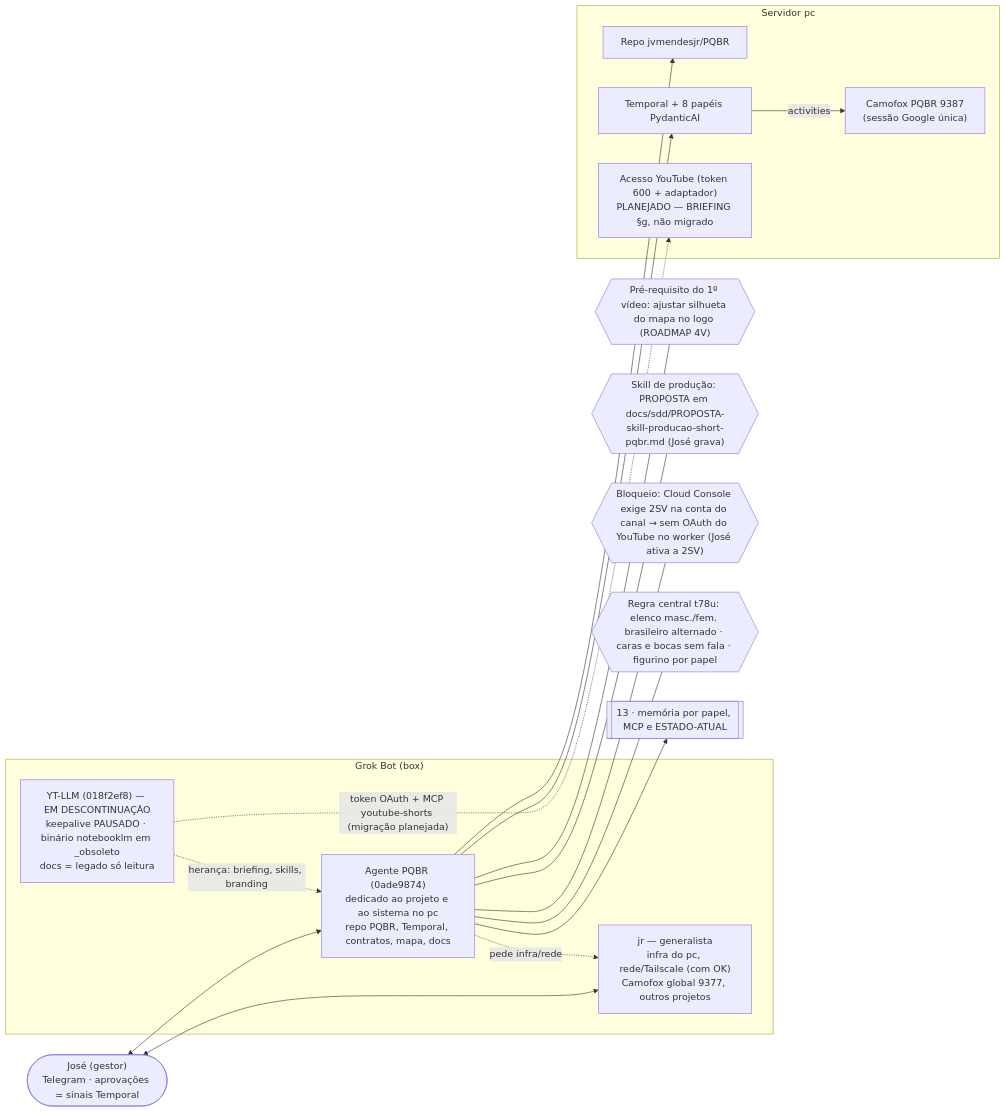
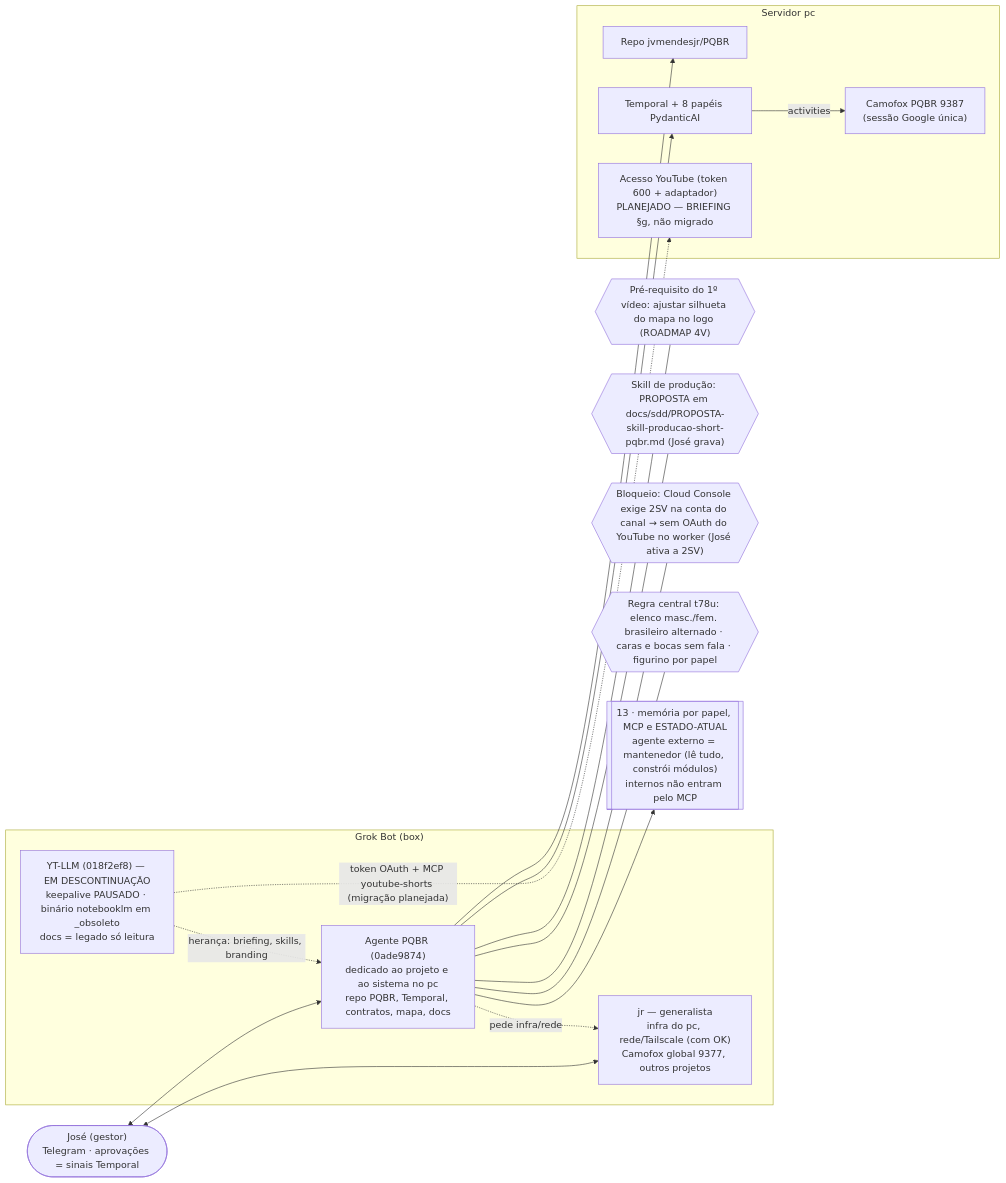
Before and after one commit to jvmendesjr/PQBR: the diagram in docs/mapa/09-agentes-responsabilidades.mmd, drawn with Mermaid. The commit also changed 11 other files, not shown here.

Commit message:
docs(t118u-t119u): mapa (13 persistência, 00, 09) e docs com mantenedor exclusivo, módulos e persistência

```diff
--- a/docs/mapa/09-agentes-responsabilidades.mmd
+++ b/docs/mapa/09-agentes-responsabilidades.mmd
@@ -1,31 +1,31 @@
 %% Agentes e responsabilidades (t533–t535, José 24/10/2026). Decisão registrada; não é gerado do código.
 flowchart LR
   J(["José (gestor)<br/>Telegram · aprovações = sinais Temporal"])
   subgraph BOX["Grok Bot (box)"]
     JR["jr — generalista<br/>infra do pc, rede/Tailscale (com OK)<br/>Camofox global 9377, outros projetos"]
     AG["Agente PQBR (0ade9874)<br/>dedicado ao projeto e ao sistema no pc<br/>repo PQBR, Temporal, contratos, mapa, docs"]
     YT["YT-LLM (018f2ef8) — EM DESCONTINUAÇÃO<br/>keepalive PAUSADO · binário notebooklm em _obsoleto<br/>docs = legado só leitura"]
   end
   subgraph PC["Servidor pc"]
     REPO["Repo jvmendesjr/PQBR"]
     TMP["Temporal + 8 papéis PydanticAI"]
     CF["Camofox PQBR 9387<br/>(sessão Google única)"]
     YTA["Acesso YouTube (token 600 + adaptador)<br/>PLANEJADO — BRIEFING §g, não migrado"]
   end
   J <--> AG
   J <--> JR
   AG --> REPO & TMP
   TMP -->|activities| CF
   AG -. "pede infra/rede" .-> JR
   YT -. "herança: briefing, skills, branding" .-> AG
   YT -. "token OAuth + MCP youtube-shorts (migração planejada)" .-> YTA
   P1{{"Pré-requisito do 1º vídeo: ajustar silhueta do mapa no logo (ROADMAP 4V)"}}
   P2{{"Skill de produção: PROPOSTA em docs/sdd/PROPOSTA-skill-producao-short-pqbr.md (José grava)"}}
   AG --- P1 & P2
   %% t73u–t78u (26/10/2026)
   P3{{"Bloqueio: Cloud Console exige 2SV na conta do canal → sem OAuth do YouTube no worker (José ativa a 2SV)"}}
   P4{{"Regra central t78u: elenco masc./fem. brasileiro alternado · caras e bocas sem fala · figurino por papel"}}
   AG --- P3 & P4
   %% t84u–t101u (26/10/2026): memória, GitNexus, MCP e handoff detalhados no diagrama 13 (sem repetir aqui)
-  MEM13[["13 · memória por papel, MCP e ESTADO-ATUAL"]]
+  MEM13[["13 · memória por papel, MCP e ESTADO-ATUAL<br/>agente externo = mantenedor (lê tudo, constrói módulos)<br/>internos não entram pelo MCP"]]
   AG --> MEM13
```
